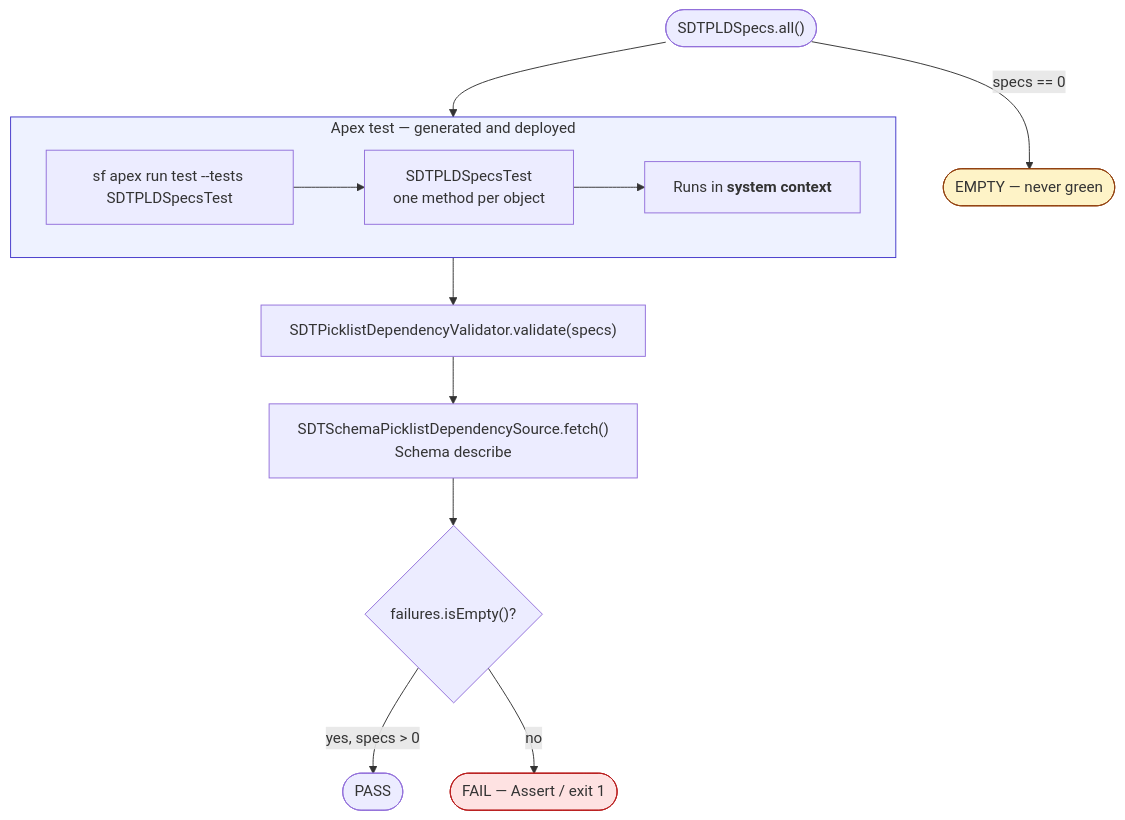
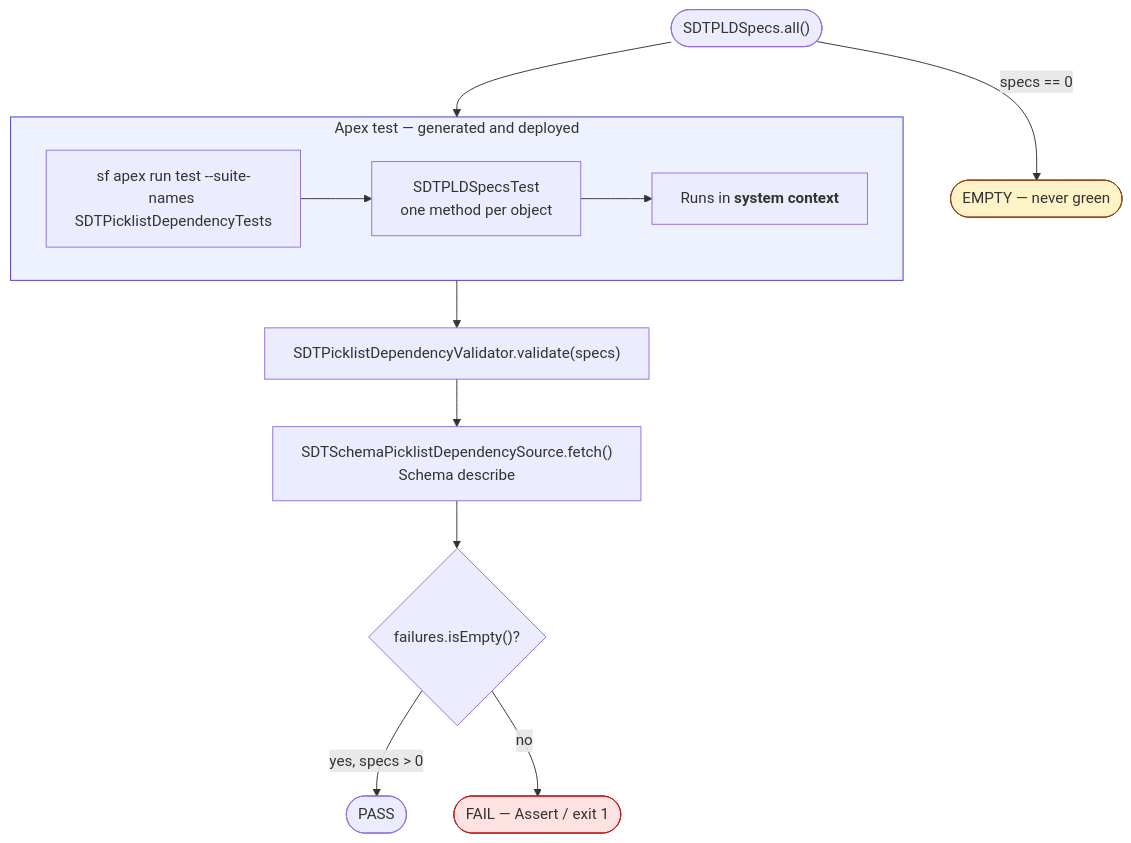
Diagram 11 of 17 in docs/PICKLIST-DEPENDENCY-TECHNICAL-DESIGN.md (jdschleicher/Salesforce-Data-Treecipe), drawn with Mermaid before and after one commit. The commit also changed other lines of this file and 13 other files, not shown here.

First line of the commit message:
feat: emit a dedicated Apex test suite for the generated picklist dependency tests

````diff
--- a/docs/PICKLIST-DEPENDENCY-TECHNICAL-DESIGN.md
+++ b/docs/PICKLIST-DEPENDENCY-TECHNICAL-DESIGN.md
@@ -566,29 +568,29 @@
 ```mermaid
 flowchart TB
     START(["SDTPLDSpecs.all()"])
 
     subgraph P1["Apex test — generated and deployed"]
-        T1["sf apex run test --tests SDTPLDSpecsTest"]
+        T1["sf apex run test --suite-names SDTPicklistDependencyTests"]
         T2["SDTPLDSpecsTest<br/>one method per object"]
         T3["Runs in <b>system context</b>"]
     end
 
     V["SDTPicklistDependencyValidator.validate(specs)"]
     S["SDTSchemaPicklistDependencySource.fetch()<br/>Schema describe"]
     R{"failures.isEmpty()?"}
     PASS(["PASS"])
     FAIL(["FAIL — Assert / exit 1"])
     EMPTY(["EMPTY — never green"])
 
     START --> P1 --> V
     T1 --> T2 --> T3
     V --> S
     S --> R
     R -->|"yes, specs > 0"| PASS
     R -->|"no"| FAIL
     START -->|"specs == 0"| EMPTY
 
     style P1 fill:#eef2ff,stroke:#4338ca
     style EMPTY fill:#fef3c7,stroke:#92400e
     style FAIL fill:#fee2e2,stroke:#b91c1c
 ```
````
